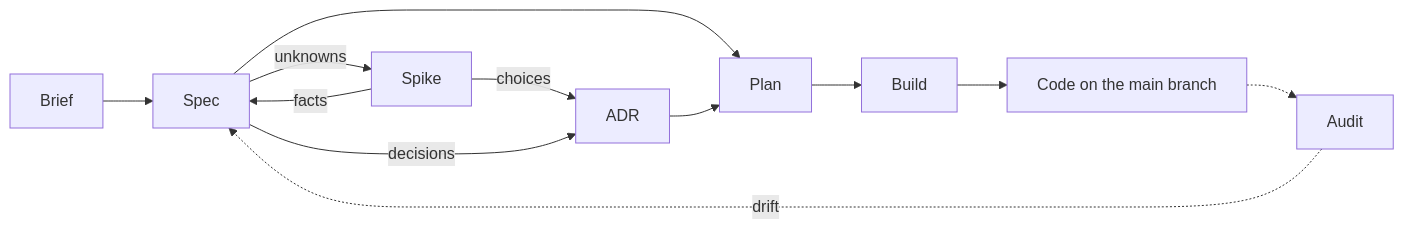
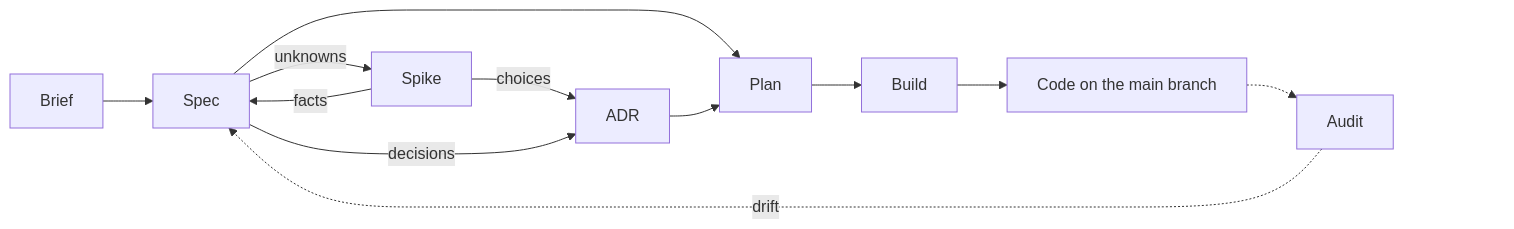
The first of 2 diagrams in README.md (michaelmarconi/agentic-engineering), drawn with Mermaid before and after one commit. The commit also changed other lines of this file, not shown here.

Commit message:
docs: pad README diagrams on the right so GitHub's controls sit over empty space
Claude-Session: https://claude.ai/code/session_01NCq9p8hX4Co6v6y5xdGfCM

````diff
--- a/README.md
+++ b/README.md
@@ -90,14 +90,16 @@
 ```mermaid
 flowchart LR
     Brief --> Spec
     Spec -->|unknowns| Spike
     Spike -->|facts| Spec
     Spike -->|choices| ADR
     Spec -->|decisions| ADR
     Spec --> Plan
     ADR --> Plan
     Plan --> Build
     Build --> Code[Code on the main branch]
     Code -.-> Audit
     Audit -.->|drift| Spec
+    Audit ~~~ Pad[" "]
+    style Pad fill:none,stroke:none
 ```
````
